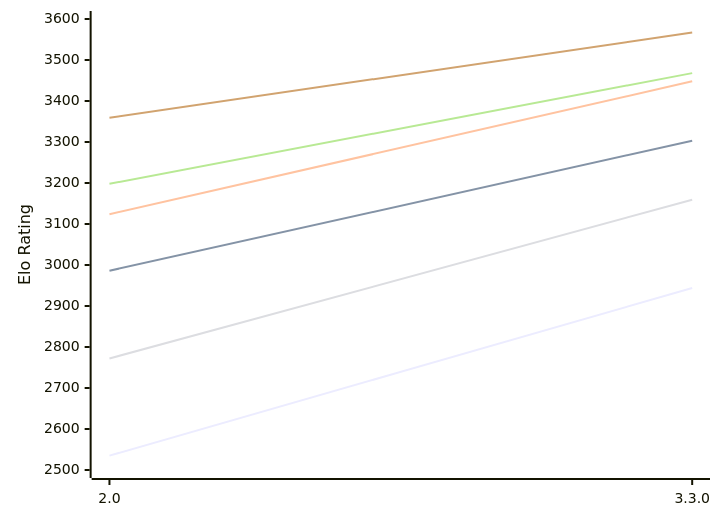
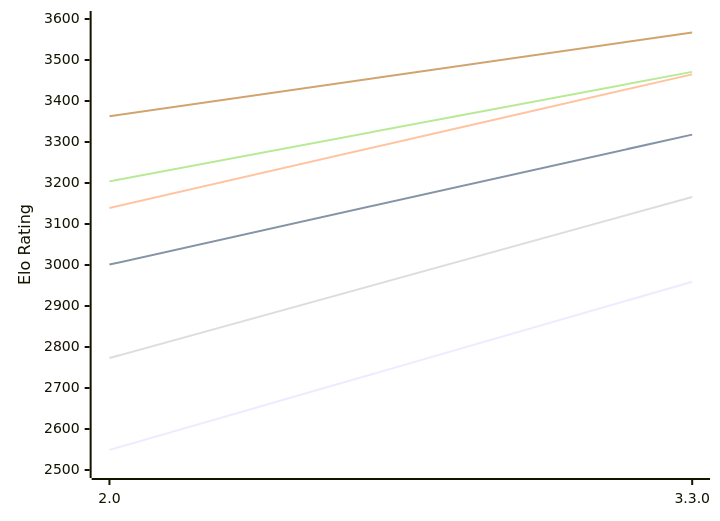
The diagram in engines/Ravager.md (computer-chess-index/cci), drawn with Mermaid before and after one commit. The commit also changed other lines of this file, not shown here.

Commit message:
Update CCI Ratings (ELO VLTC) - 2026-10-22

````diff
--- a/engines/Ravager.md
+++ b/engines/Ravager.md
@@ -49,12 +49,12 @@
 ```mermaid
 %%{init: {"theme":"base","themeVariables":{"seriesColors:['#a3a3a3','#222221','#faa371']}}}%%
 xychart-beta
   x-axis ["2.0", "3.3.0"]
   y-axis "Elo Rating" 2500 --> 3600
-  line "E1: STC (8.0+0.08s)" [2535, 2944]
-  line "E1: LTC (60.0+0.60s)" [2986, 3303]
-  line "E1: VLTC (2m24s+1.12s)" [3124, 3448]
-  line "P1: STC (8.0+0.08s)" [2772, 3159]
-  line "P1: LTC (60.0+0.60s)" [3198, 3468]
-  line "P1: VLTC (2m24s+1.12s)" [3359, 3567]
+  line "E1: STC (8.0+0.08s)" [2549, 2959]
+  line "E1: LTC (60.0+0.60s)" [3001, 3318]
+  line "E1: VLTC (2m24s+1.12s)" [3139, 3465]
+  line "P1: STC (8.0+0.08s)" [2773, 3166]
+  line "P1: LTC (60.0+0.60s)" [3204, 3471]
+  line "P1: VLTC (2m24s+1.12s)" [3363, 3567]
 ```
````
